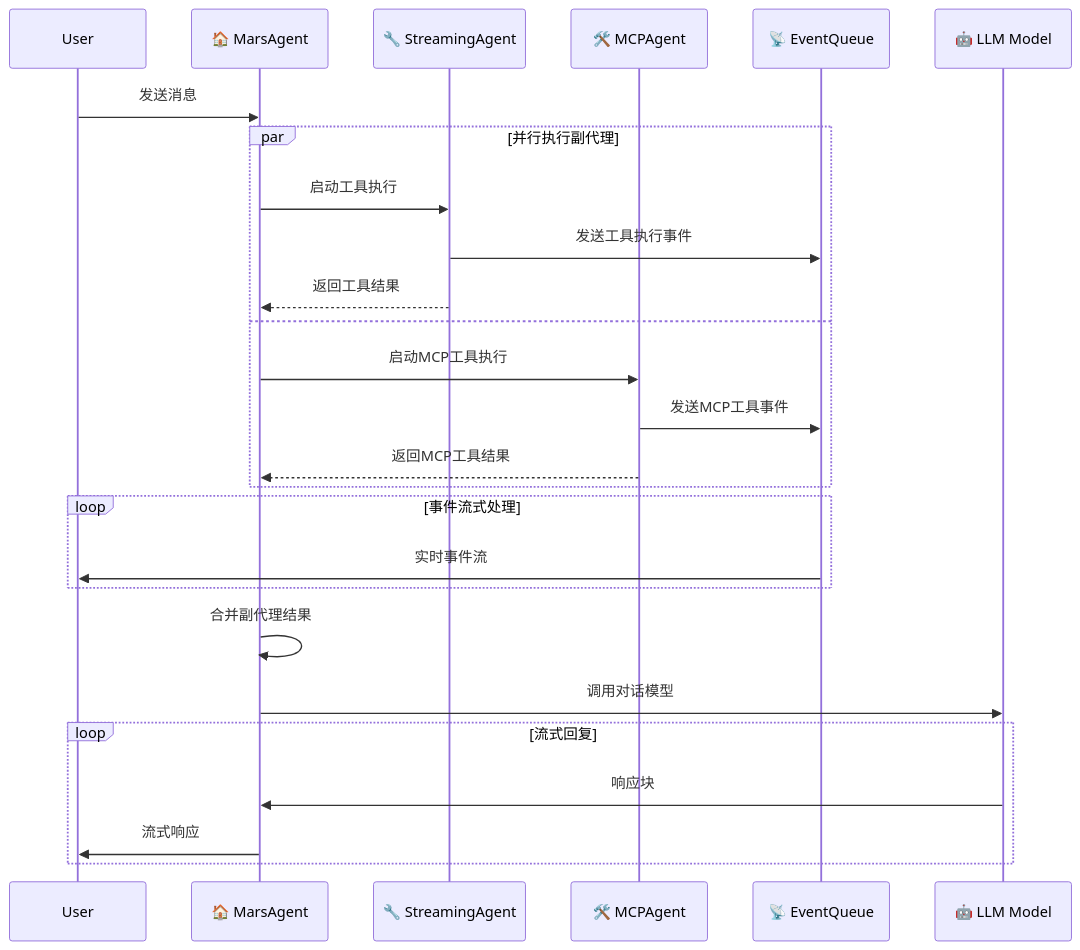
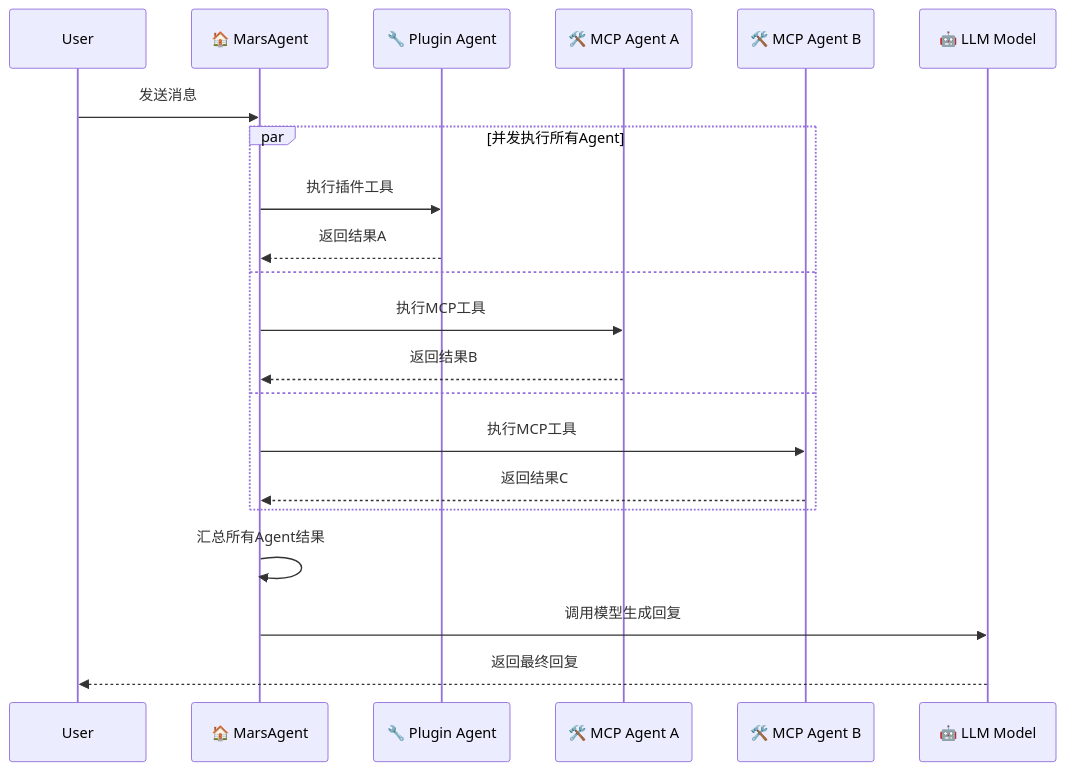
Before and after one commit to Shy2593666979/Mars-Agent: the first of 2 diagrams in README.md, drawn with Mermaid. The commit also changed other lines of this file and 15 other files, not shown here.

Commit message:
Initial mars agent commit

````diff
--- a/README.md
+++ b/README.md
@@ -78,33 +77,26 @@
 ```mermaid
 sequenceDiagram
     participant User
     participant MarsAgent as 🏠 MarsAgent
-    participant StreamAgent as 🔧 StreamingAgent  
-    participant MCPAgent as 🛠️ MCPAgent
-    participant EventQueue as 📡 EventQueue
+    participant PluginAgent as 🔧 Plugin Agent
+    participant MCPAgent1 as 🛠️ MCP Agent A
+    participant MCPAgent2 as 🛠️ MCP Agent B
     participant Model as 🤖 LLM Model
 
     User->>MarsAgent: 发送消息
     
-    par 并行执行副代理
-        MarsAgent->>StreamAgent: 启动工具执行
-        StreamAgent->>EventQueue: 发送工具执行事件
-        StreamAgent-->>MarsAgent: 返回工具结果
+    par 并发执行所有Agent
+        MarsAgent->>PluginAgent: 执行插件工具
+        PluginAgent-->>MarsAgent: 返回结果A
     and
-        MarsAgent->>MCPAgent: 启动MCP工具执行
-        MCPAgent->>EventQueue: 发送MCP工具事件
-        MCPAgent-->>MarsAgent: 返回MCP工具结果
+        MarsAgent->>MCPAgent1: 执行MCP工具
+        MCPAgent1-->>MarsAgent: 返回结果B
+    and
+        MarsAgent->>MCPAgent2: 执行MCP工具  
+        MCPAgent2-->>MarsAgent: 返回结果C
     end
     
-    loop 事件流式处理
-        EventQueue->>User: 实时事件流
-    end
-    
-    MarsAgent->>MarsAgent: 合并副代理结果
-    MarsAgent->>Model: 调用对话模型
-    
-    loop 流式回复
-        Model->>MarsAgent: 响应块
-        MarsAgent->>User: 流式响应
-    end
+    MarsAgent->>MarsAgent: 汇总所有Agent结果
+    MarsAgent->>Model: 调用模型生成回复
+    Model-->>User: 返回最终回复
 ```
````
